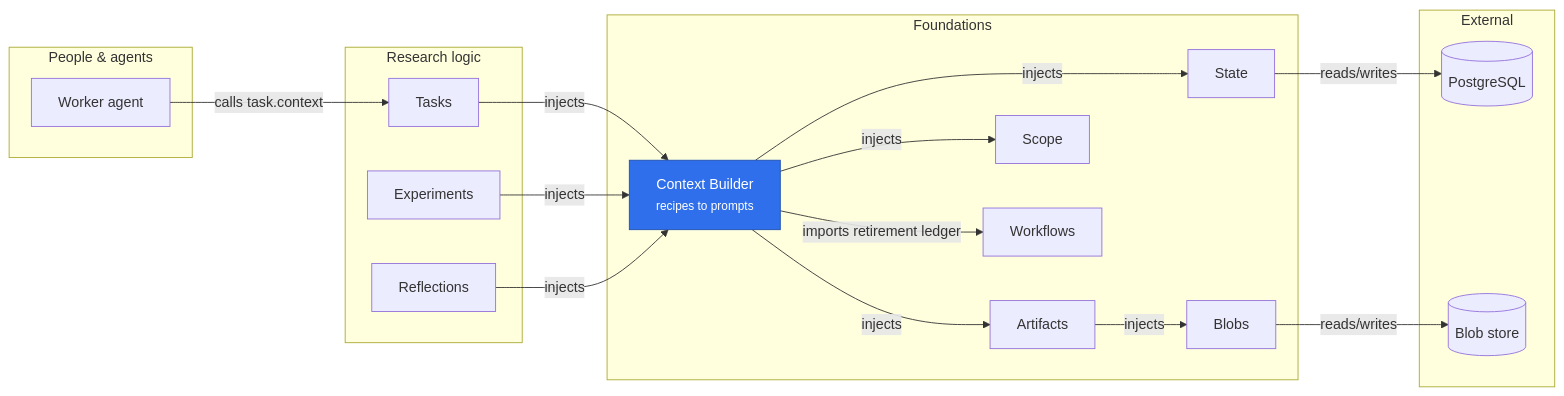
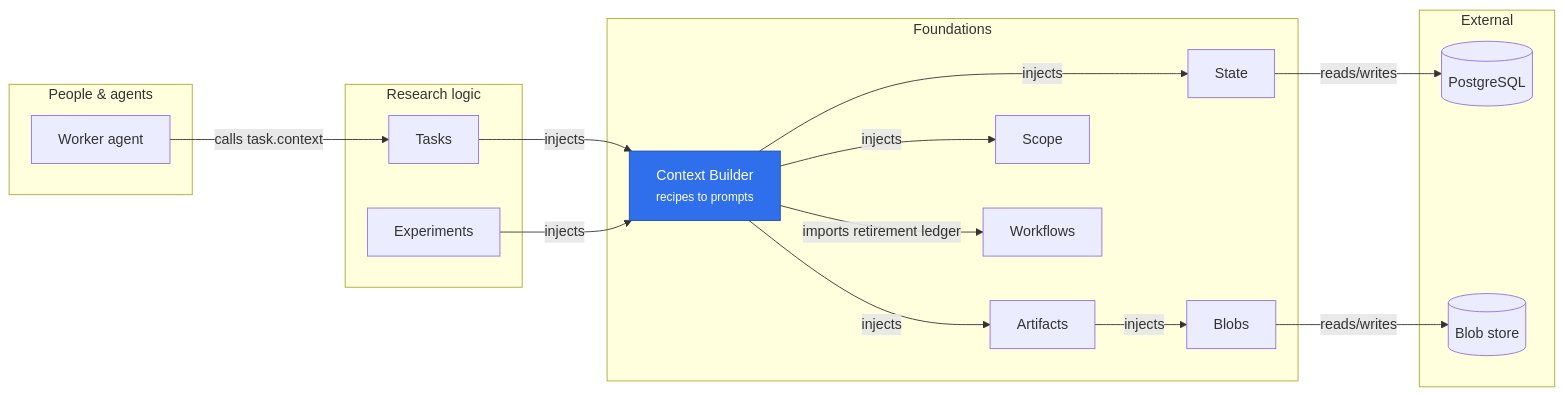
The diagram in merv-typescript/packages/context-builder/README.md (rapidreview-io/Merv), drawn with Mermaid before and after one commit. The commit also changed other lines of this file and 132 other files, not shown here.

````diff
--- a/merv-typescript/packages/context-builder/README.md
+++ b/merv-typescript/packages/context-builder/README.md
@@ -7,36 +7,34 @@
 ```mermaid
 flowchart LR
   subgraph peopleLayer["People & agents"]
     workerAgent["Worker agent"]
   end
   subgraph researchLayer["Research logic"]
     tasks["Tasks"]
     experiments["Experiments"]
-    reflections["Reflections"]
   end
   subgraph foundationsLayer["Foundations"]
     contextBuilder["Context Builder<br/><small>recipes to prompts</small>"]
     artifacts["Artifacts"]
     scope["Scope"]
     workflows["Workflows"]
     state["State"]
     blobs["Blobs"]
   end
   subgraph externalLayer["External"]
     postgres[("PostgreSQL")]
     blobStore[("Blob store")]
   end
   workerAgent -- "calls task.context" --> tasks
   tasks -- "injects" --> contextBuilder
   experiments -- "injects" --> contextBuilder
-  reflections -- "injects" --> contextBuilder
   contextBuilder -- "injects" --> artifacts
   contextBuilder -- "injects" --> scope
   contextBuilder -- "injects" --> state
   contextBuilder -- "imports retirement ledger" --> workflows
   artifacts -- "injects" --> blobs
   state -- "reads/writes" --> postgres
   blobs -- "reads/writes" --> blobStore
   classDef self fill:#2f6feb,color:#fff,stroke:#1f4fb0
   class contextBuilder self
 ```
````
